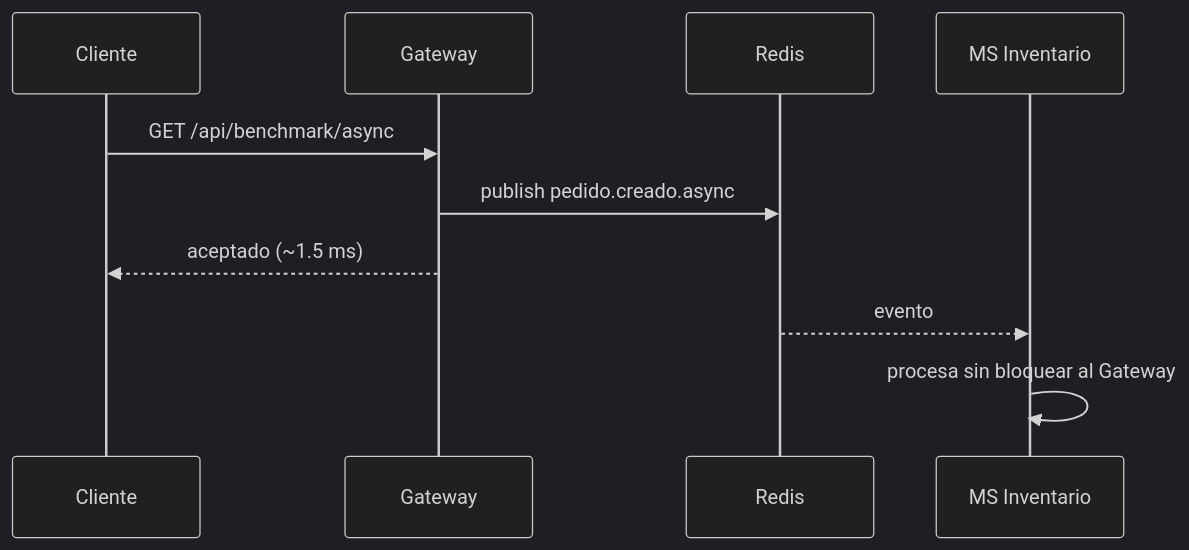
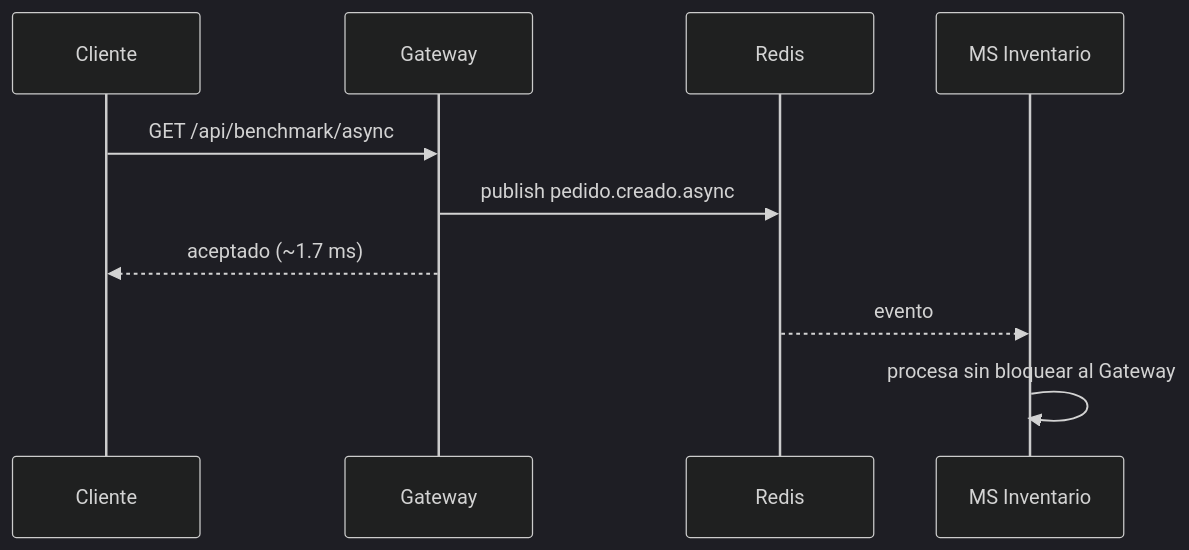
One commit to Steft91/30732_ProyectoCafeCampus changed the third of 3 diagrams in README.md. Above: the diagram before and after it, drawn with Mermaid (dark theme). The commit also changed other lines of this file and 1 other file, not shown here.

````diff
--- a/README.md
+++ b/README.md
@@ -132,12 +132,12 @@
 ```mermaid
 sequenceDiagram
     participant Cliente
     participant Gateway
     participant Redis
     participant Inventario as MS Inventario
     Cliente->>Gateway: GET /api/benchmark/async
     Gateway->>Redis: publish pedido.creado.async
-    Gateway-->>Cliente: aceptado (~1.5 ms)
+    Gateway-->>Cliente: aceptado (~1.7 ms)
     Redis-->>Inventario: evento
     Inventario->>Inventario: procesa sin bloquear al Gateway
 ```
````
